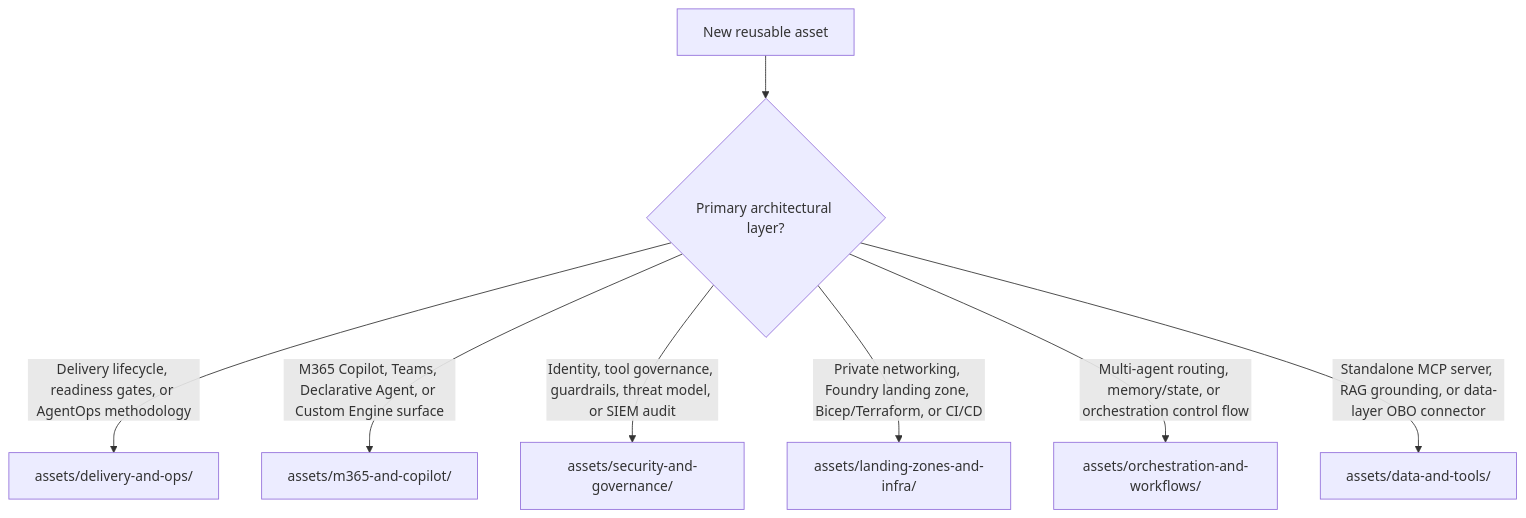
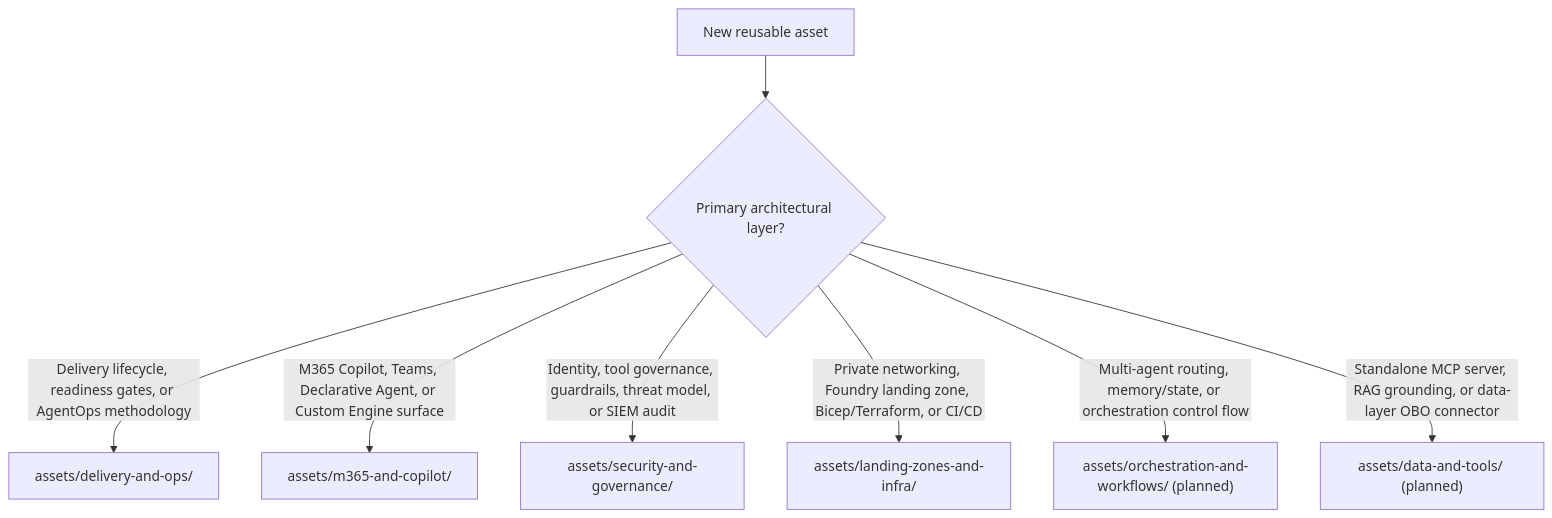
The diagram in assets/README.md (microsoft/azure-genai-design-patterns), drawn with Mermaid before and after one commit. The commit also changed other lines of this file and 34 other files, not shown here.

````diff
--- a/assets/README.md
+++ b/assets/README.md
@@ -18,10 +20,10 @@
 ```mermaid
 flowchart TD
     A["New reusable asset"] --> B{"Primary architectural layer?"}
     B -- "Delivery lifecycle, readiness gates, or AgentOps methodology" --> C1["assets/delivery-and-ops/"]
     B -- "M365 Copilot, Teams, Declarative Agent, or Custom Engine surface" --> C2["assets/m365-and-copilot/"]
     B -- "Identity, tool governance, guardrails, threat model, or SIEM audit" --> C3["assets/security-and-governance/"]
     B -- "Private networking, Foundry landing zone, Bicep/Terraform, or CI/CD" --> C4["assets/landing-zones-and-infra/"]
-    B -- "Multi-agent routing, memory/state, or orchestration control flow" --> C5["assets/orchestration-and-workflows/"]
-    B -- "Standalone MCP server, RAG grounding, or data-layer OBO connector" --> C6["assets/data-and-tools/"]
+    B -- "Multi-agent routing, memory/state, or orchestration control flow" --> C5["assets/orchestration-and-workflows/ (planned)"]
+    B -- "Standalone MCP server, RAG grounding, or data-layer OBO connector" --> C6["assets/data-and-tools/ (planned)"]
 ```
````
